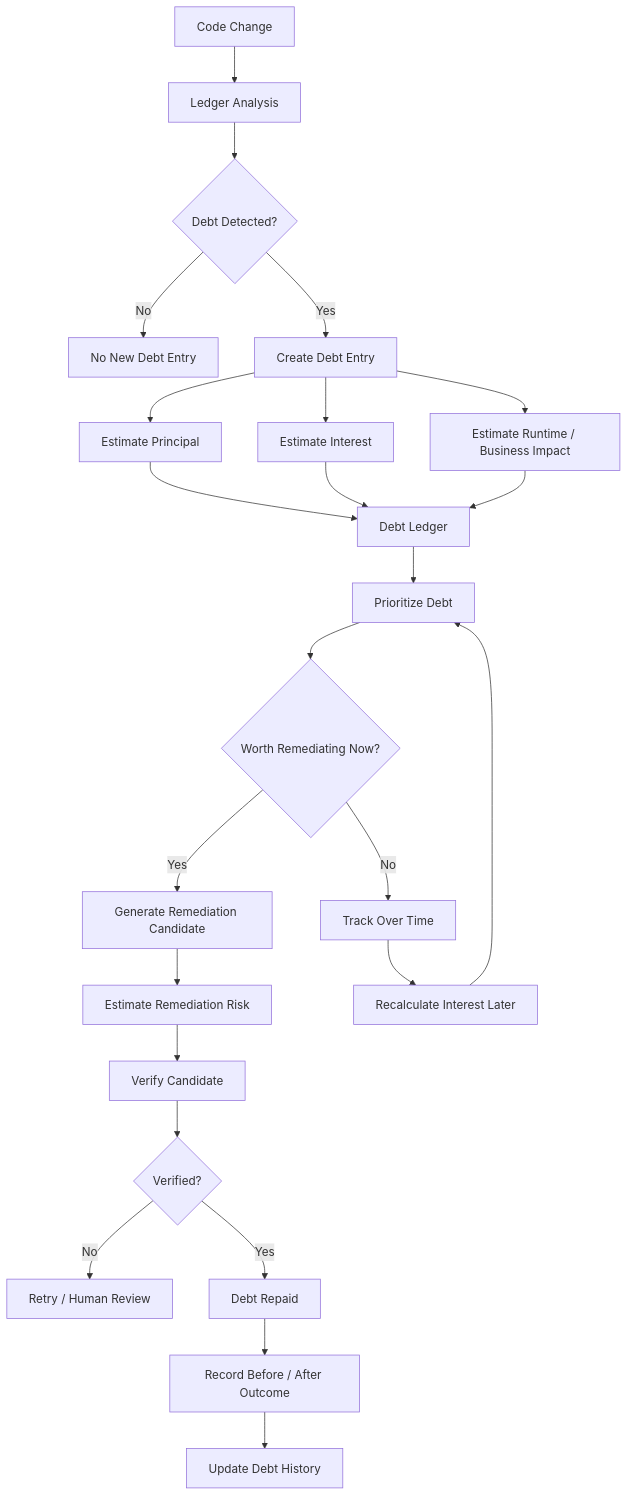
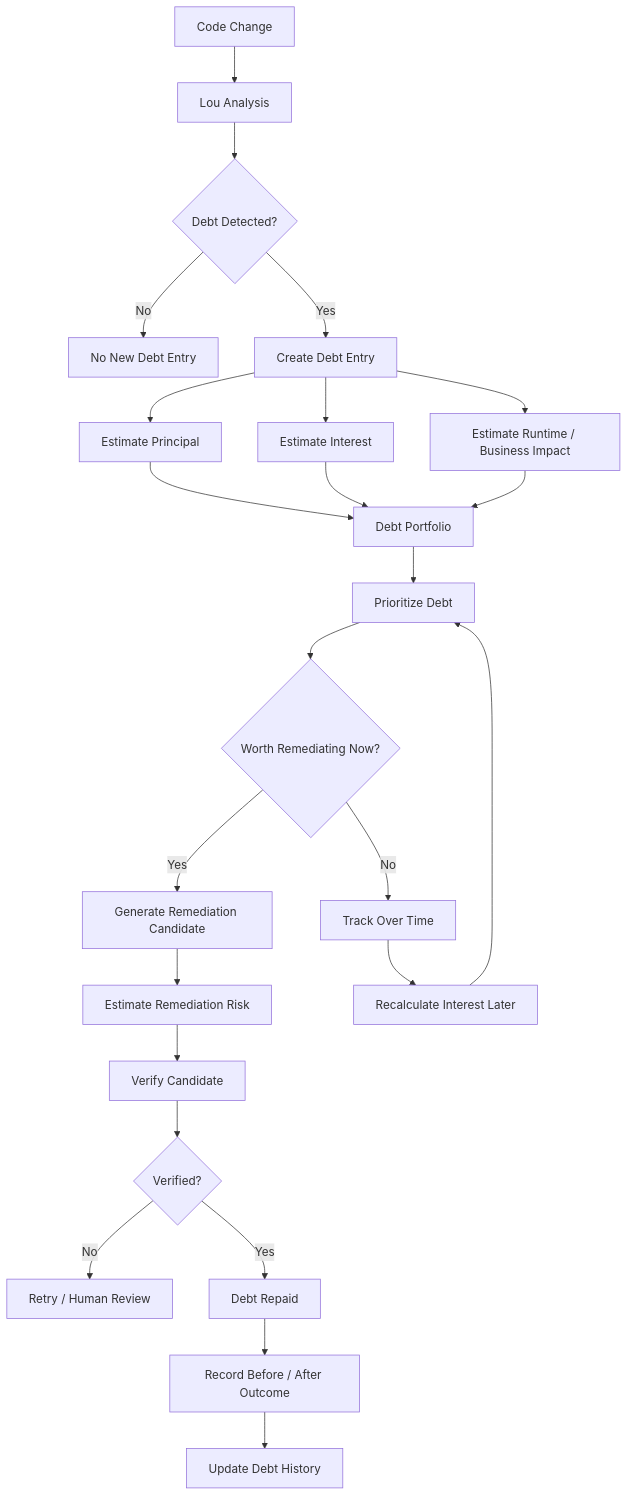
Before and after one commit to peterphitran/hackrice26: the diagram in docs/project_ledger_mermaid_workflows/docs/workflows/08_DEBT_LIFECYCLE.md, drawn with Mermaid. The commit also changed other lines of this file and 14 other files, not shown here.

Commit message:
Expand Lou architecture documentation

````diff
--- a/docs/project_ledger_mermaid_workflows/docs/workflows/08_DEBT_LIFECYCLE.md
+++ b/docs/project_ledger_mermaid_workflows/docs/workflows/08_DEBT_LIFECYCLE.md
@@ -3,37 +3,37 @@
 ```mermaid
 flowchart TD
-    A[Code Change] --> B[Ledger Analysis]
+    A[Code Change] --> B[Lou Analysis]
 
     B --> C{Debt Detected?}
 
     C -- No --> D[No New Debt Entry]
     C -- Yes --> E[Create Debt Entry]
 
     E --> F[Estimate Principal]
     E --> G[Estimate Interest]
     E --> H[Estimate Runtime / Business Impact]
 
-    F --> I[Debt Ledger]
+    F --> I[Debt Portfolio]
     G --> I
     H --> I
 
     I --> J[Prioritize Debt]
 
     J --> K{Worth Remediating Now?}
 
     K -- No --> L[Track Over Time]
     K -- Yes --> M[Generate Remediation Candidate]
 
     M --> N[Estimate Remediation Risk]
     N --> O[Verify Candidate]
     O --> P{Verified?}
 
     P -- No --> Q[Retry / Human Review]
     P -- Yes --> R[Debt Repaid]
 
     R --> S[Record Before / After Outcome]
     S --> T[Update Debt History]
 
     L --> U[Recalculate Interest Later]
     U --> J
 ```
````
